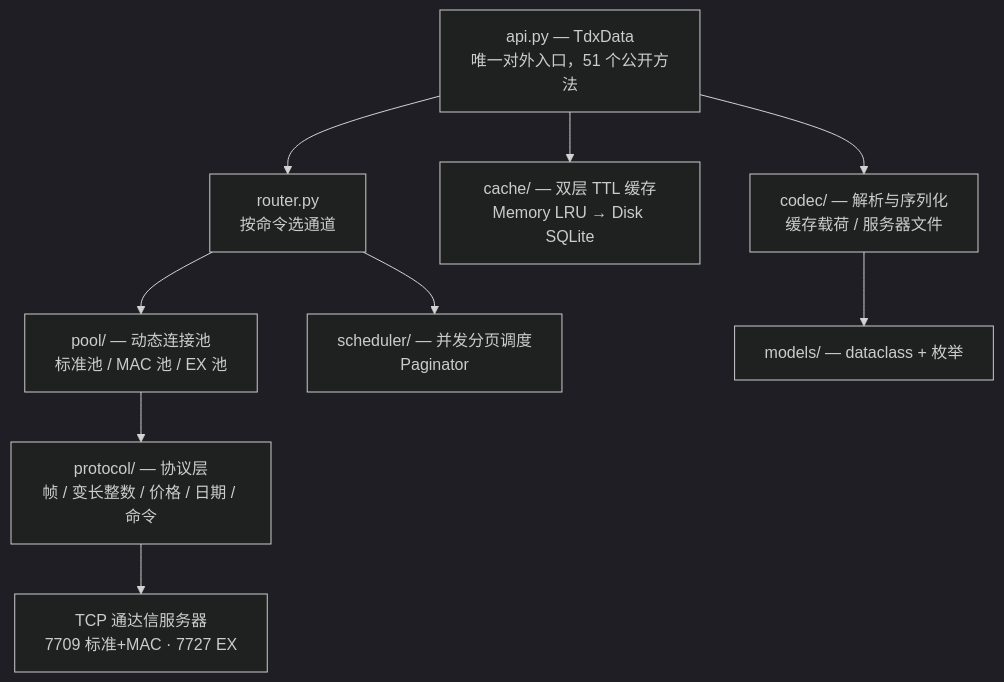
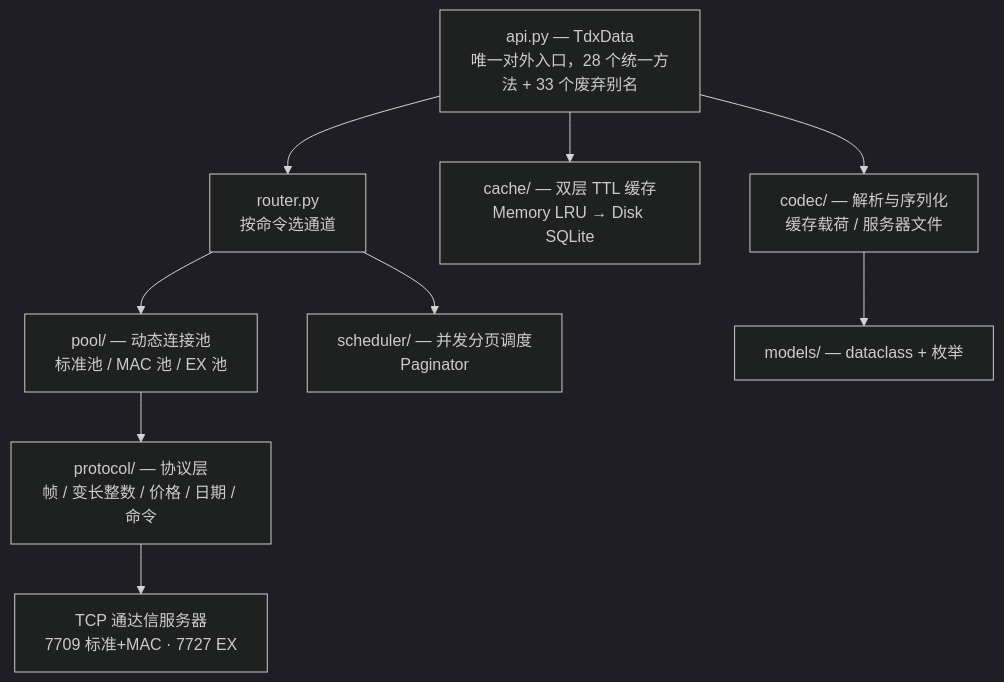
One commit to openbot-coder/pytdxdata changed the first of 2 diagrams in docs/internals/architecture.md. Above: the diagram before and after it, drawn with Mermaid (dark theme). The commit also changed other lines of this file and 32 other files, not shown here.

````diff
--- a/docs/internals/architecture.md
+++ b/docs/internals/architecture.md
@@ -7,11 +7,11 @@
 ```mermaid
 flowchart TD
-    A["api.py — TdxData<br/>唯一对外入口，51 个公开方法"] --> B["router.py<br/>按命令选通道"]
+    A["api.py — TdxData<br/>唯一对外入口，28 个统一方法 + 33 个废弃别名"] --> B["router.py<br/>按命令选通道"]
     B --> C["pool/ — 动态连接池<br/>标准池 / MAC 池 / EX 池"]
     B --> D["scheduler/ — 并发分页调度<br/>Paginator"]
     C --> E["protocol/ — 协议层<br/>帧 / 变长整数 / 价格 / 日期 / 命令"]
     E --> F["TCP 通达信服务器<br/>7709 标准+MAC · 7727 EX"]
     A --> G["cache/ — 双层 TTL 缓存<br/>Memory LRU → Disk SQLite"]
     A --> H["codec/ — 解析与序列化<br/>缓存载荷 / 服务器文件"]
     H --> I["models/ — dataclass + 枚举"]
 ```
````
